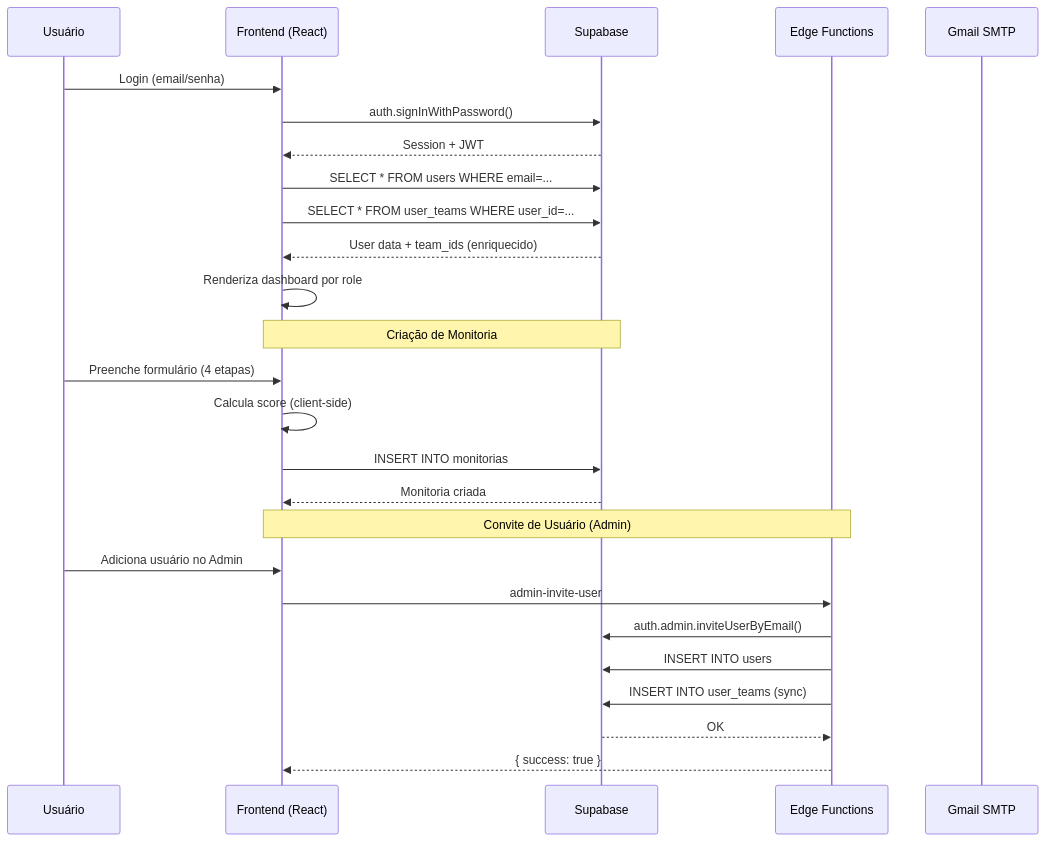
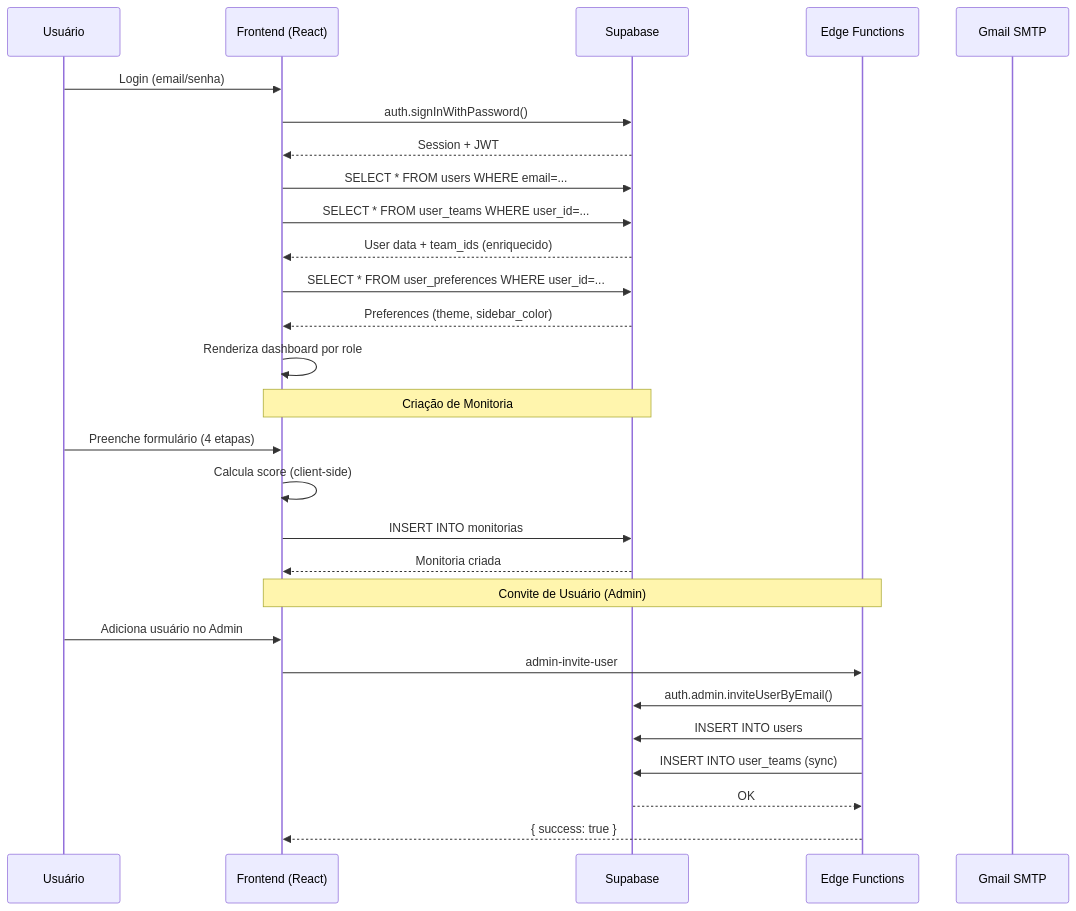
Before and after one commit to allanscode/QualiTrack: the third of 3 diagrams in docs/architecture/system-overview.md, drawn with Mermaid. The commit also changed other lines of this file and 4 other files, not shown here.

First line of the commit message:
docs: update AGENTS.md, frontend.md, system-overview.md, schema.md for StaticDataContext + user_preferences

````diff
--- a/docs/architecture/system-overview.md
+++ b/docs/architecture/system-overview.md
@@ -188,31 +217,33 @@
 ```mermaid
 sequenceDiagram
     participant U as Usuário
     participant F as Frontend (React)
     participant S as Supabase
     participant E as Edge Functions
     participant SMTP as Gmail SMTP
 
-    U->>F: Login (email/senha)
-    F->>S: auth.signInWithPassword()
-    S-->>F: Session + JWT
-    F->>S: SELECT * FROM users WHERE email=...
-    F->>S: SELECT * FROM user_teams WHERE user_id=...
-    S-->>F: User data + team_ids (enriquecido)
-    F->>F: Renderiza dashboard por role
+U->>F: Login (email/senha)
+F->>S: auth.signInWithPassword()
+S-->>F: Session + JWT
+F->>S: SELECT * FROM users WHERE email=...
+F->>S: SELECT * FROM user_teams WHERE user_id=...
+S-->>F: User data + team_ids (enriquecido)
+F->>S: SELECT * FROM user_preferences WHERE user_id=...
+S-->>F: Preferences (theme, sidebar_color)
+F->>F: Renderiza dashboard por role
 
     Note over F,S: Criação de Monitoria
     U->>F: Preenche formulário (4 etapas)
     F->>F: Calcula score (client-side)
     F->>S: INSERT INTO monitorias
     S-->>F: Monitoria criada
 
     Note over F,E: Convite de Usuário (Admin)
     U->>F: Adiciona usuário no Admin
     F->>E: admin-invite-user
     E->>S: auth.admin.inviteUserByEmail()
     E->>S: INSERT INTO users
     E->>S: INSERT INTO user_teams (sync)
     S-->>E: OK
     E-->>F: { success: true }
 ```
````
